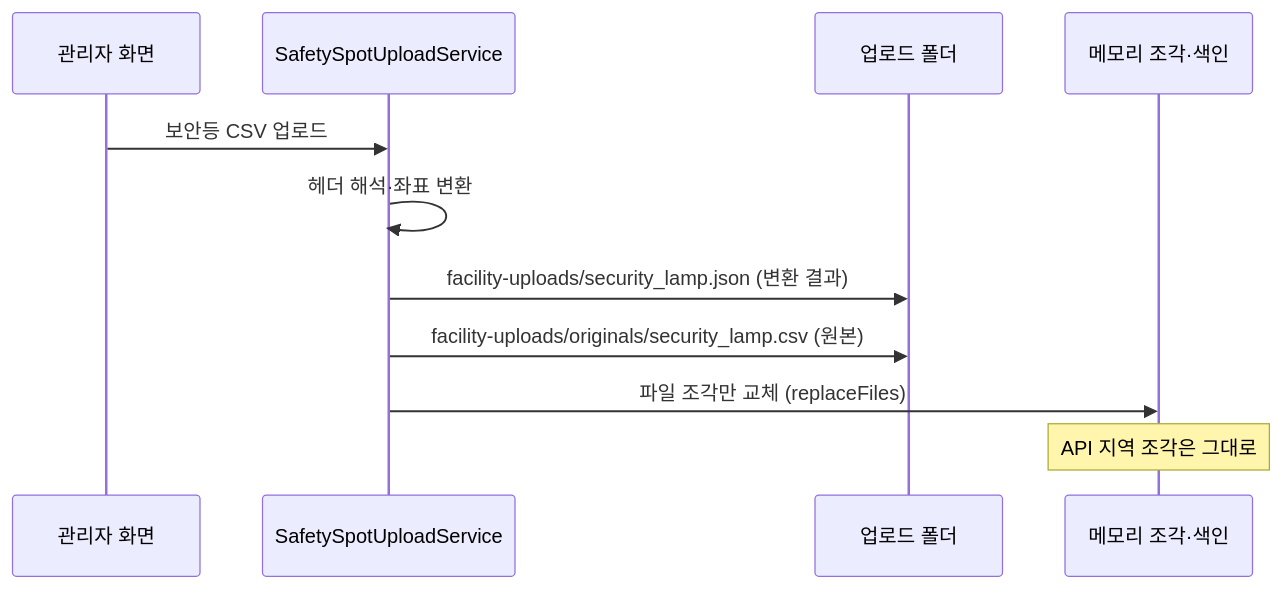
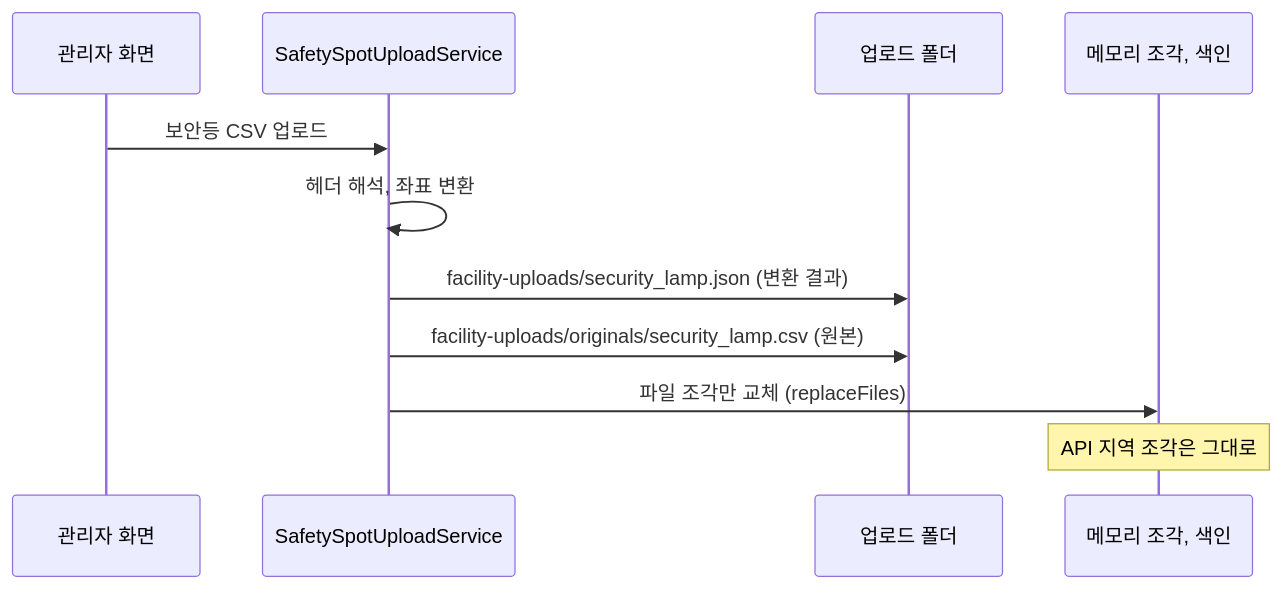
One commit to soo-ai-agent/bueongi-backend changed the fourth of 5 diagrams in docs/DATA_STORAGE.md. Above: the diagram before and after it, drawn with Mermaid. The commit also changed other lines of this file and 1 other file, not shown here.

````diff
--- a/docs/DATA_STORAGE.md
+++ b/docs/DATA_STORAGE.md
@@ -259,14 +274,14 @@
 ```mermaid
 sequenceDiagram
     participant Admin as 관리자 화면
     participant Upload as SafetySpotUploadService
     participant Disk as 업로드 폴더
-    participant Mem as 메모리 조각·색인
+    participant Mem as 메모리 조각, 색인
 
     Admin->>Upload: 보안등 CSV 업로드
-    Upload->>Upload: 헤더 해석·좌표 변환
+    Upload->>Upload: 헤더 해석, 좌표 변환
     Upload->>Disk: facility-uploads/security_lamp.json (변환 결과)
     Upload->>Disk: facility-uploads/originals/security_lamp.csv (원본)
     Upload->>Mem: 파일 조각만 교체 (replaceFiles)
     Note over Mem: API 지역 조각은 그대로
 ```
````
